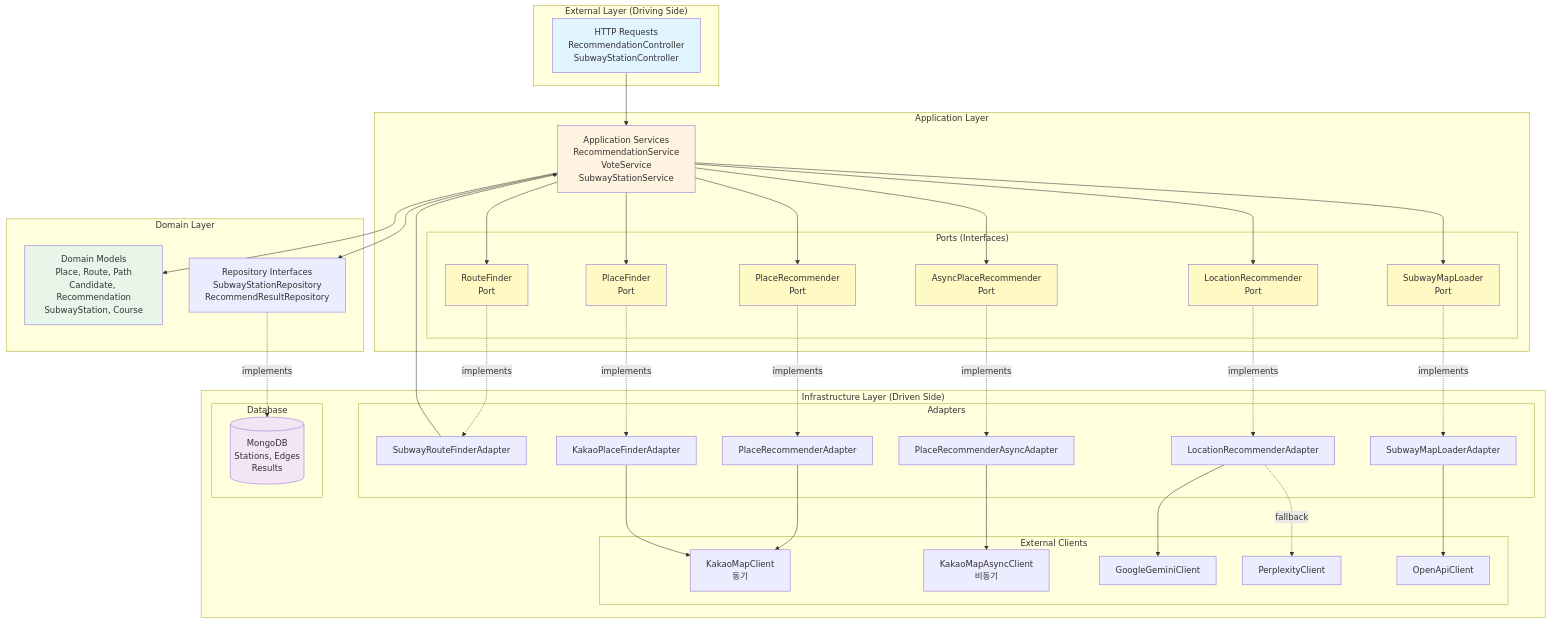
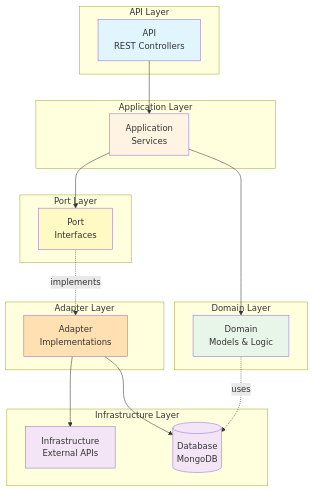
The diagram in backend/docs/diagrams/01-architecture-overview.md (dbsdndcks/2025-moitz), drawn with Mermaid before and after one commit. The commit also changed other lines of this file, not shown here.

Commit message:
docs: 아키텍쳐 플로우 생성

````diff
--- a/backend/docs/diagrams/01-architecture-overview.md
+++ b/backend/docs/diagrams/01-architecture-overview.md
@@ -5,93 +5,43 @@
 ```mermaid
 graph TB
-    subgraph "External Layer (Driving Side)"
-        HTTP[HTTP Requests<br/>RecommendationController<br/>SubwayStationController]
+    subgraph "API Layer"
+        API[API<br/>REST Controllers]
     end
 
     subgraph "Application Layer"
-        Service[Application Services<br/>RecommendationService<br/>VoteService<br/>SubwayStationService]
+        APP[Application<br/>Services]
+    end
 
-        subgraph "Ports (Interfaces)"
-            RouteFinder[RouteFinder<br/>Port]
-            PlaceRec[PlaceRecommender<br/>Port]
-            AsyncPlaceRec[AsyncPlaceRecommender<br/>Port]
-            LocRec[LocationRecommender<br/>Port]
-            PlaceFinder[PlaceFinder<br/>Port]
-            MapLoader[SubwayMapLoader<br/>Port]
-        end
+    subgraph "Port Layer"
+        PORT[Port<br/>Interfaces]
     end
 
     subgraph "Domain Layer"
-        Domain[Domain Models<br/>Place, Route, Path<br/>Candidate, Recommendation<br/>SubwayStation, Course]
-        Repo[Repository Interfaces<br/>SubwayStationRepository<br/>RecommendResultRepository]
+        DOMAIN[Domain<br/>Models & Logic]
     end
 
-    subgraph "Infrastructure Layer (Driven Side)"
-        subgraph "Adapters"
-            RouteAdapter[SubwayRouteFinderAdapter]
-            PlaceAdapter[PlaceRecommenderAdapter]
-            AsyncPlaceAdapter[PlaceRecommenderAsyncAdapter]
-            LocAdapter[LocationRecommenderAdapter]
-            FinderAdapter[KakaoPlaceFinderAdapter]
-            LoaderAdapter[SubwayMapLoaderAdapter]
-        end
-
-        subgraph "External Clients"
-            KakaoSync[KakaoMapClient<br/>동기]
-            KakaoAsync[KakaoMapAsyncClient<br/>비동기]
-            Gemini[GoogleGeminiClient]
-            Perplexity[PerplexityClient]
-            OpenAPI[OpenApiClient]
-        end
-
-        subgraph "Database"
-            MongoDB[(MongoDB<br/>Stations, Edges<br/>Results)]
-        end
+    subgraph "Adapter Layer"
+        ADAPTER[Adapter<br/>Implementations]
     end
 
-    %% HTTP to Application
-    HTTP --> Service
+    subgraph "Infrastructure Layer"
+        INFRA[Infrastructure<br/>External APIs]
+        DB[(Database<br/>MongoDB)]
+    end
 
-    %% Application to Ports
-    Service --> RouteFinder
-    Service --> PlaceRec
-    Service --> AsyncPlaceRec
-    Service --> LocRec
-    Service --> PlaceFinder
-    Service --> MapLoader
+    API --> APP
+    APP --> PORT
+    APP --> DOMAIN
+    PORT -.implements.-> ADAPTER
+    ADAPTER --> INFRA
+    ADAPTER --> DB
+    DOMAIN -.uses.-> DB
 
-    %% Application uses Domain
-    Service --> Domain
-    Service --> Repo
-
-    %% Ports to Adapters (Dependency Inversion)
-    RouteFinder -.implements.-> RouteAdapter
-    PlaceRec -.implements.-> PlaceAdapter
-    AsyncPlaceRec -.implements.-> AsyncPlaceAdapter
-    LocRec -.implements.-> LocAdapter
-    PlaceFinder -.implements.-> FinderAdapter
-    MapLoader -.implements.-> LoaderAdapter
-
-    %% Adapters to External Clients
-    RouteAdapter --> Service
-    PlaceAdapter --> KakaoSync
-    AsyncPlaceAdapter --> KakaoAsync
-    LocAdapter --> Gemini
-    LocAdapter -.fallback.-> Perplexity
-    FinderAdapter --> KakaoSync
-    LoaderAdapter --> OpenAPI
-
-    %% Repository to DB
-    Repo -.implements.-> MongoDB
-
-    style HTTP fill:#e1f5ff
-    style Service fill:#fff4e1
-    style Domain fill:#e8f5e9
-    style MongoDB fill:#f3e5f5
-    style RouteFinder fill:#fff9c4
-    style PlaceRec fill:#fff9c4
-    style AsyncPlaceRec fill:#fff9c4
-    style LocRec fill:#fff9c4
-    style PlaceFinder fill:#fff9c4
-    style MapLoader fill:#fff9c4
+    style API fill:#e1f5ff
+    style APP fill:#fff4e1
+    style PORT fill:#fff9c4
+    style DOMAIN fill:#e8f5e9
+    style ADAPTER fill:#ffe0b2
+    style INFRA fill:#f3e5f5
+    style DB fill:#f3e5f5
 ```
````
